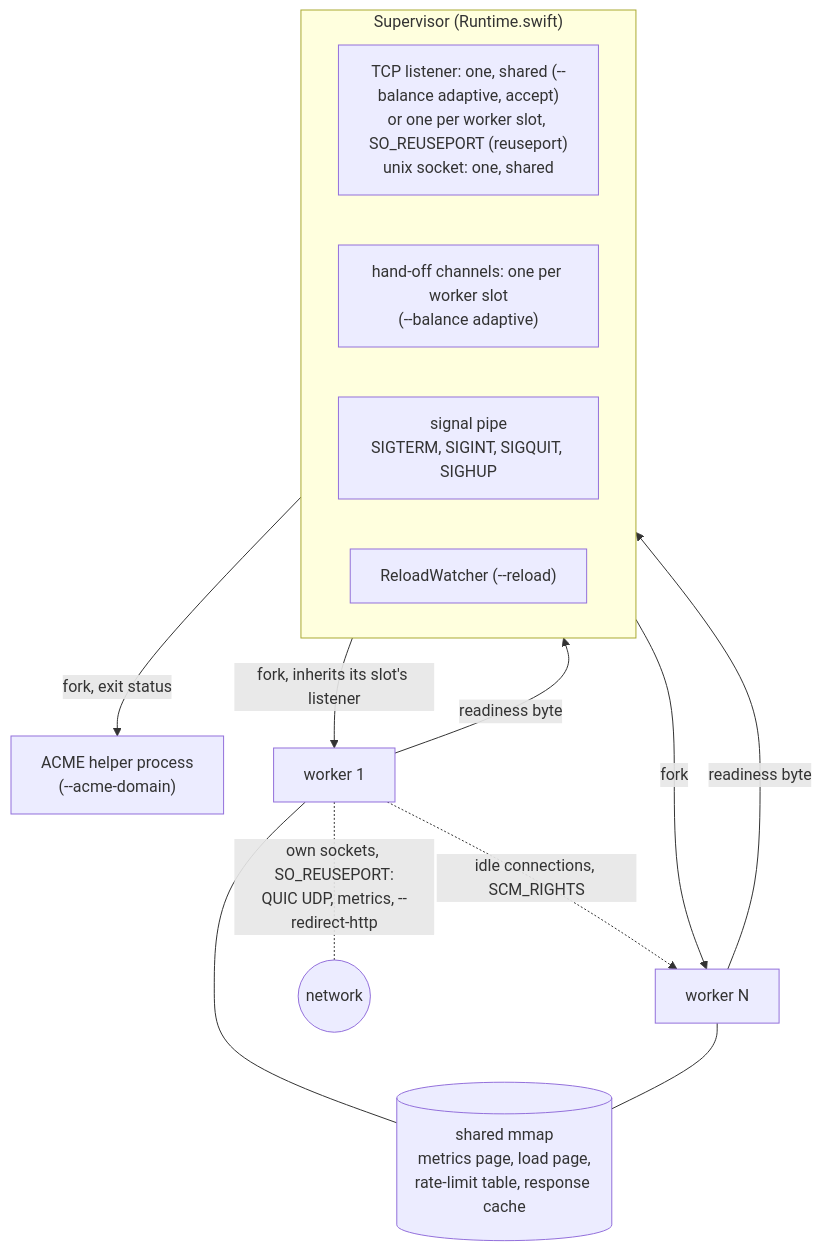
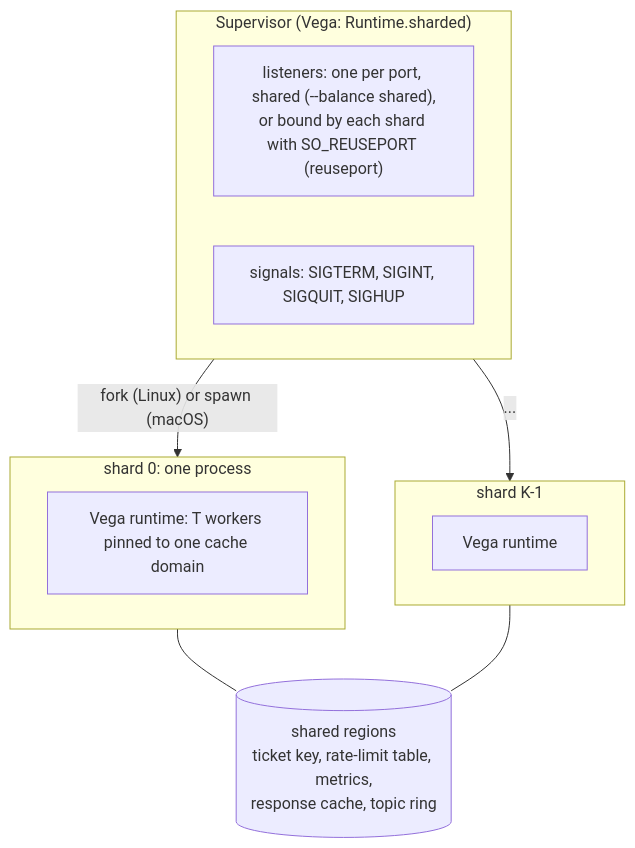
The second of 3 diagrams in ARCHITECTURE.md (grepjava/garuda), drawn with Mermaid before and after one commit. The commit also changed other lines of this file, not shown here.

Commit message:
ARCHITECTURE.md for Garuda 2: shards under Vega's supervisor, the work-stealing runtime, HTTP/1.1, HTTP/2 and HTTP/3 on Vega, the heavy lane, shared memory regions

````diff
--- a/ARCHITECTURE.md
+++ b/ARCHITECTURE.md
@@ -71,22 +75,18 @@
 ```mermaid
 flowchart TB
-    subgraph S["Supervisor (Runtime.swift)"]
-        LS["TCP listener: one, shared (--balance adaptive, accept)<br/>or one per worker slot, SO_REUSEPORT (reuseport)<br/>unix socket: one, shared"]
-        HC["hand-off channels: one per worker slot<br/>(--balance adaptive)"]
-        SP["signal pipe<br/>SIGTERM, SIGINT, SIGQUIT, SIGHUP"]
-        RW["ReloadWatcher (--reload)"]
+    subgraph S["Supervisor (Vega: Runtime.sharded)"]
+        LS["listeners: one per port, shared (--balance shared),<br/>or bound by each shard with SO_REUSEPORT (reuseport)"]
+        SIG["signals: SIGTERM, SIGINT, SIGQUIT, SIGHUP"]
     end
-    SHM[("shared mmap<br/>metrics page, load page,<br/>rate-limit table, response cache")]
-    ACME["ACME helper process<br/>(--acme-domain)"]
-    W1["worker 1"]
-    WN["worker N"]
-    S -- "fork, inherits its slot's listener" --> W1
-    S -- "fork" --> WN
-    S -- "fork, exit status" --> ACME
-    W1 -- "readiness byte" --> S
-    WN -- "readiness byte" --> S
-    W1 --- SHM
-    WN --- SHM
-    W1 -. "idle connections, SCM_RIGHTS" .-> WN
-    W1 -. "own sockets, SO_REUSEPORT:<br/>QUIC UDP, metrics, --redirect-http" .- NET((network))
+    SHM[("shared regions<br/>ticket key, rate-limit table, metrics,<br/>response cache, topic ring")]
+    S -- "fork (Linux) or spawn (macOS)" --> S1
+    S -- "..." --> SN
+    subgraph S1["shard 0: one process"]
+        RT1["Vega runtime: T workers pinned to one cache domain"]
+    end
+    subgraph SN["shard K-1"]
+        RTN["Vega runtime"]
+    end
+    S1 --- SHM
+    SN --- SHM
 ```
````
